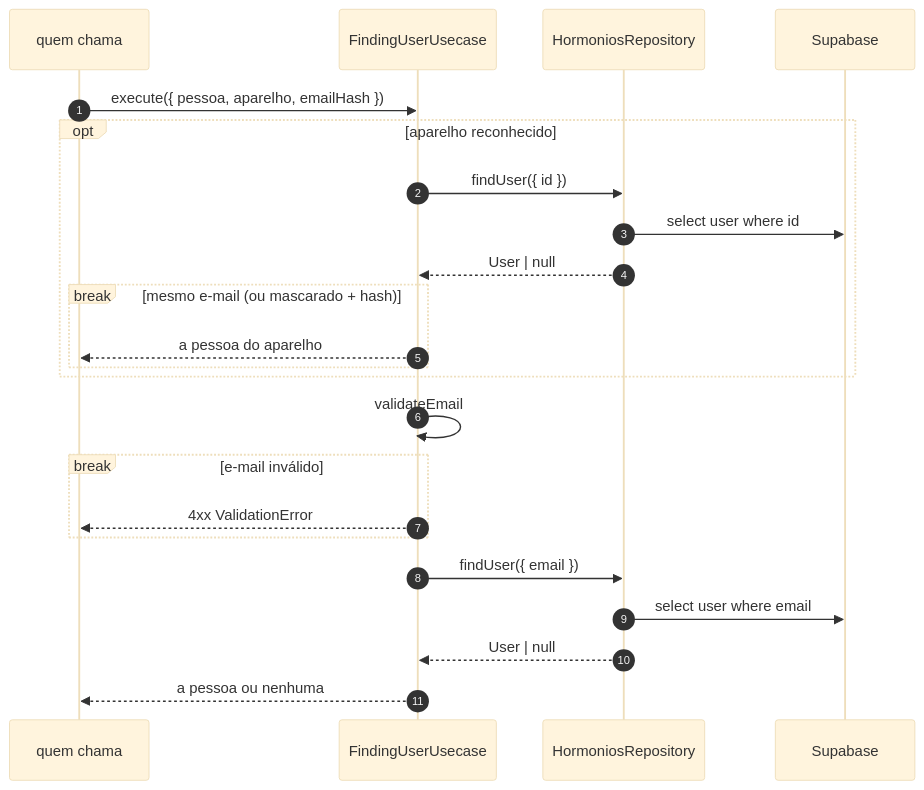
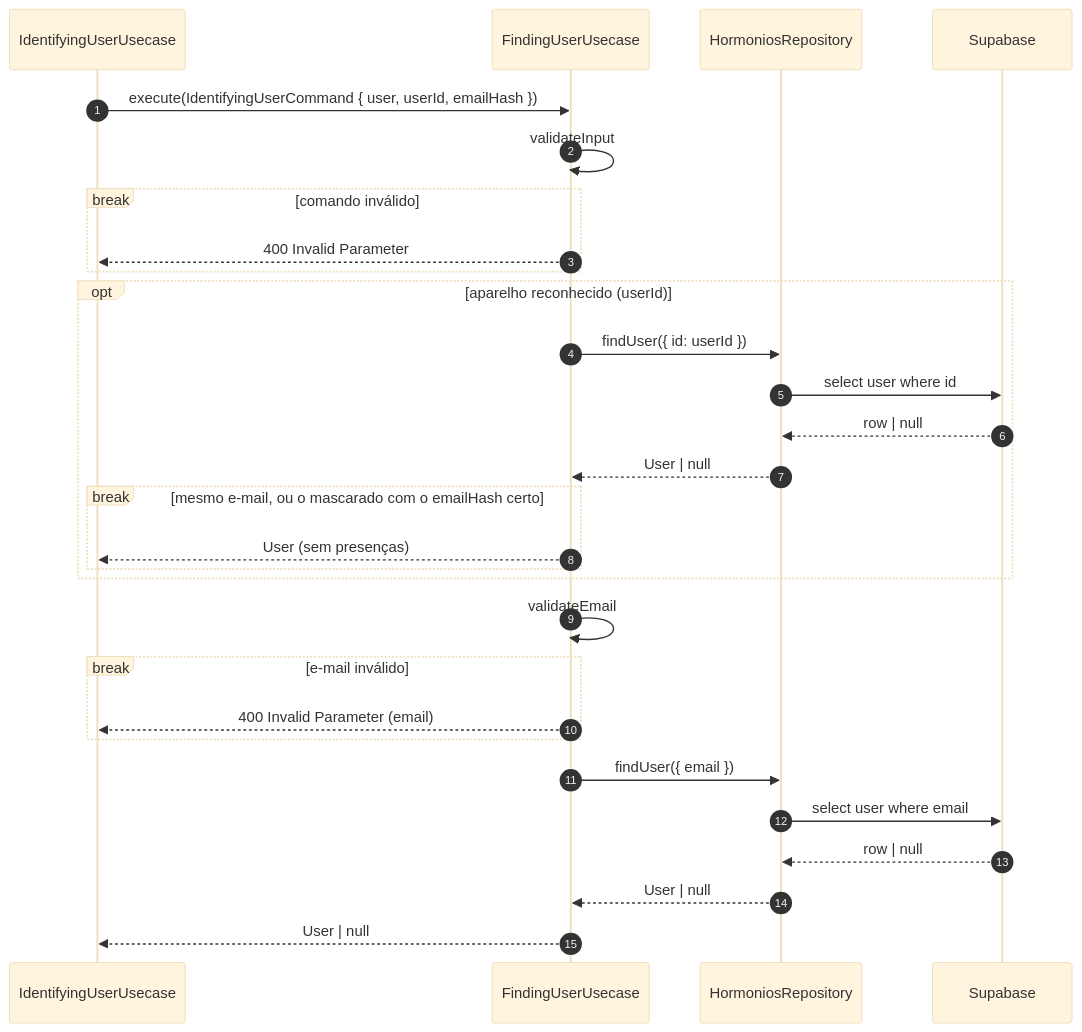
One commit to brubriele/hormonios-garoa changed the first of 5 diagrams in docs/usecases/reservas.md. Above: the diagram before and after it, drawn with Mermaid (base theme). The commit also changed other lines of this file and 4 other files, not shown here.

First line of the commit message:
docs: diagramas de sequência dos usecases no formato da skill sequence-diagram

````diff
--- a/docs/usecases/reservas.md
+++ b/docs/usecases/reservas.md
@@ -15,26 +15,32 @@
 ```mermaid
 sequenceDiagram
     autonumber
-    participant CR as quem chama
+    participant CR as IdentifyingUserUsecase
     participant UC as FindingUserUsecase
     participant HR as HormoniosRepository
     participant DB as Supabase
 
-    CR->>UC: execute({ pessoa, aparelho, emailHash })
-    opt aparelho reconhecido
-        UC->>HR: findUser({ id })
+    CR->>UC: execute(IdentifyingUserCommand { user, userId, emailHash })
+    UC->>UC: validateInput
+    break comando inválido
+        UC-->>CR: 400 Invalid Parameter
+    end
+    opt aparelho reconhecido (userId)
+        UC->>HR: findUser({ id: userId })
         HR->>DB: select user where id
+        DB-->>HR: row | null
         HR-->>UC: User | null
-        break mesmo e-mail (ou mascarado + hash)
-            UC-->>CR: a pessoa do aparelho
+        break mesmo e-mail, ou o mascarado com o emailHash certo
+            UC-->>CR: User (sem presenças)
         end
     end
     UC->>UC: validateEmail
     break e-mail inválido
-        UC-->>CR: 4xx ValidationError
+        UC-->>CR: 400 Invalid Parameter (email)
     end
     UC->>HR: findUser({ email })
     HR->>DB: select user where email
+    DB-->>HR: row | null
     HR-->>UC: User | null
-    UC-->>CR: a pessoa ou nenhuma
+    UC-->>CR: User | null
 ```
````
